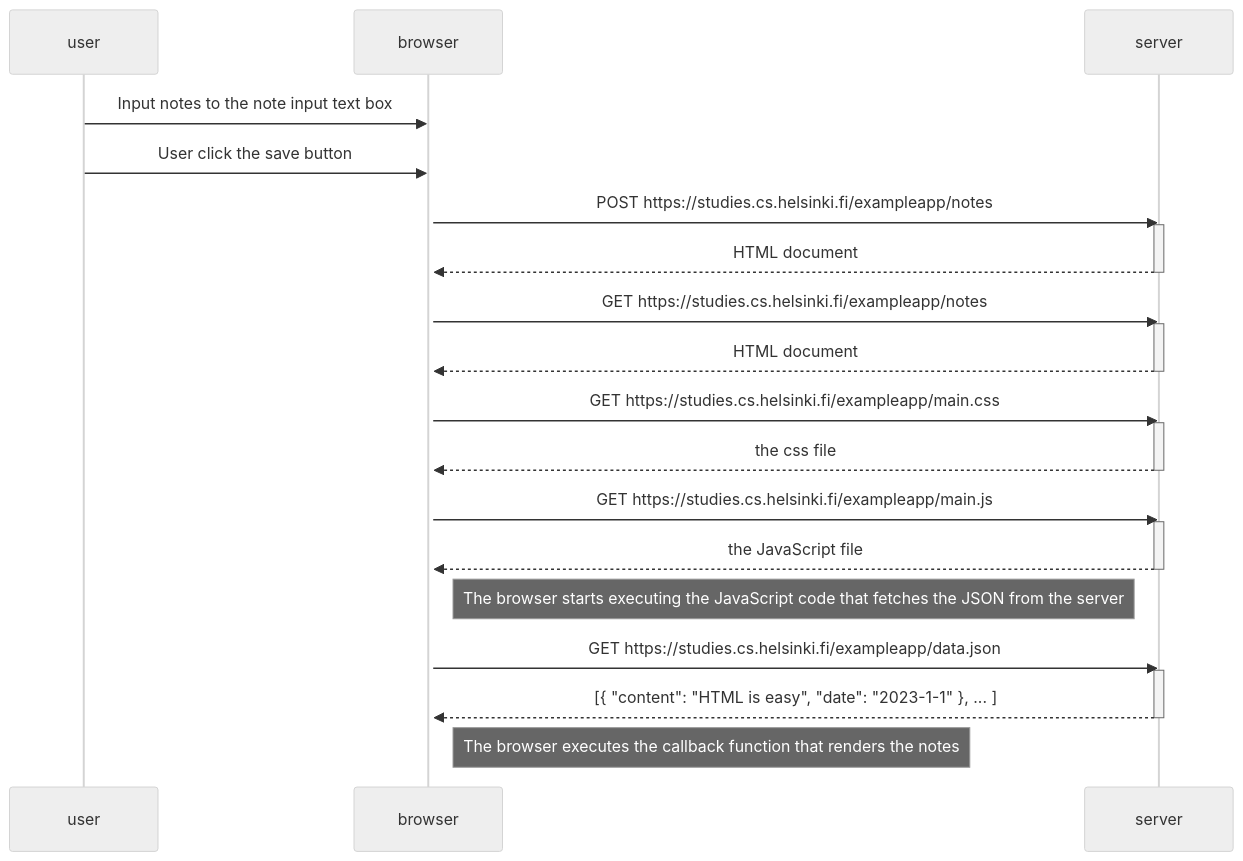
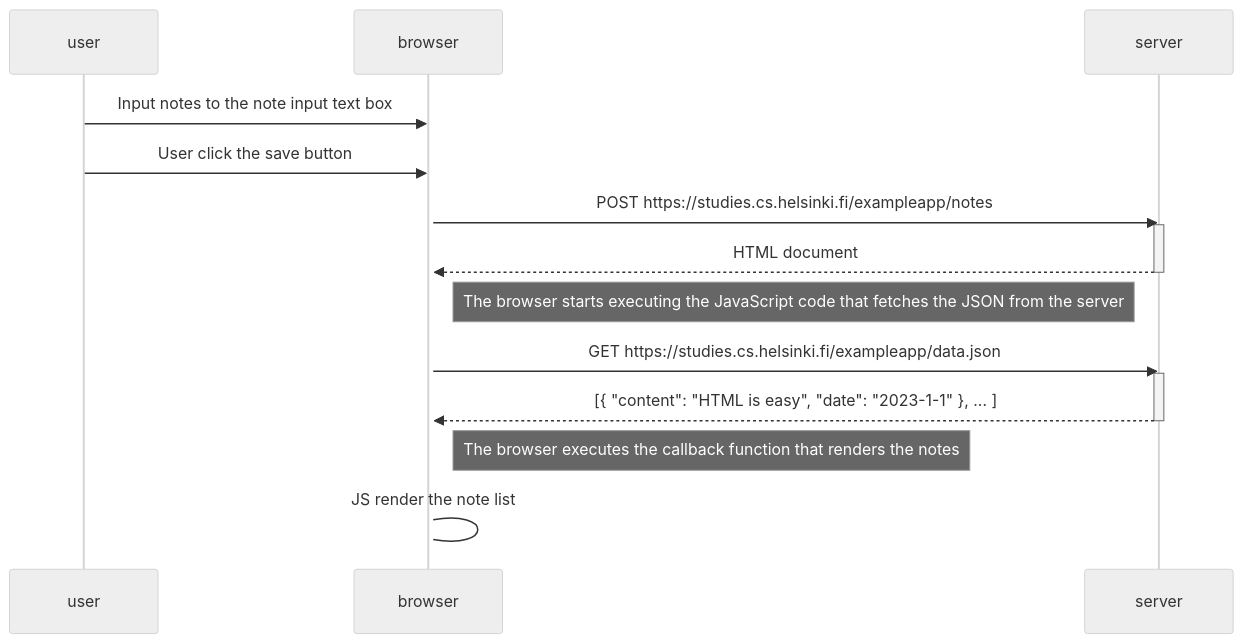
The diagram in part0/new_note.md (hhao99/fullstackopen), drawn with Mermaid (neutral theme) before and after one commit.

Commit message:
sequence diagram v0.1

````diff
--- a/part0/new_note.md
+++ b/part0/new_note.md
@@ -1,39 +1,27 @@
 ```mermaid
 sequenceDiagram
 participant user
 participant browser
 participant server
 
     user->>browser: Input notes to the note input text box
     user->>browser: User click the save button
     activate browser
     browser->>server: POST https://studies.cs.helsinki.fi/exampleapp/notes
     activate server
     server-->>browser: HTML document
     deactivate server
 
-    browser->>server: GET https://studies.cs.helsinki.fi/exampleapp/notes
-    activate server
-    server-->>browser: HTML document
-    deactivate server
 
-    browser->>server: GET https://studies.cs.helsinki.fi/exampleapp/main.css
-    activate server
-    server-->>browser: the css file
-    deactivate server
-
-    browser->>server: GET https://studies.cs.helsinki.fi/exampleapp/main.js
-    activate server
-    server-->>browser: the JavaScript file
-    deactivate server
 
     Note right of browser: The browser starts executing the JavaScript code that fetches the JSON from the server
 
     browser->>server: GET https://studies.cs.helsinki.fi/exampleapp/data.json
     activate server
     server-->>browser: [{ "content": "HTML is easy", "date": "2023-1-1" }, ... ]
     deactivate server
 
     Note right of browser: The browser executes the callback function that renders the notes
+    browser -> browser: JS render the note list
 
 ```
````
